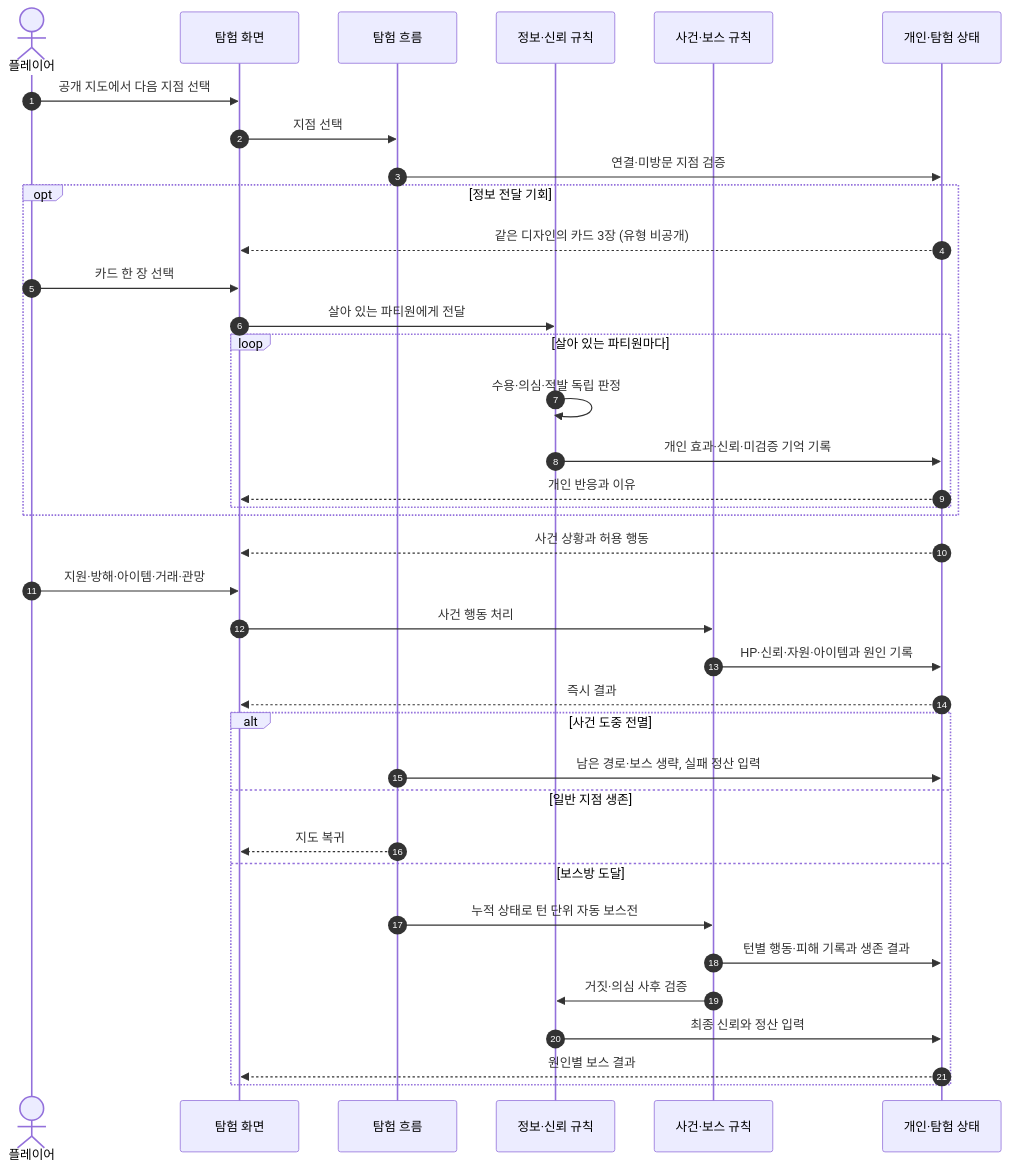
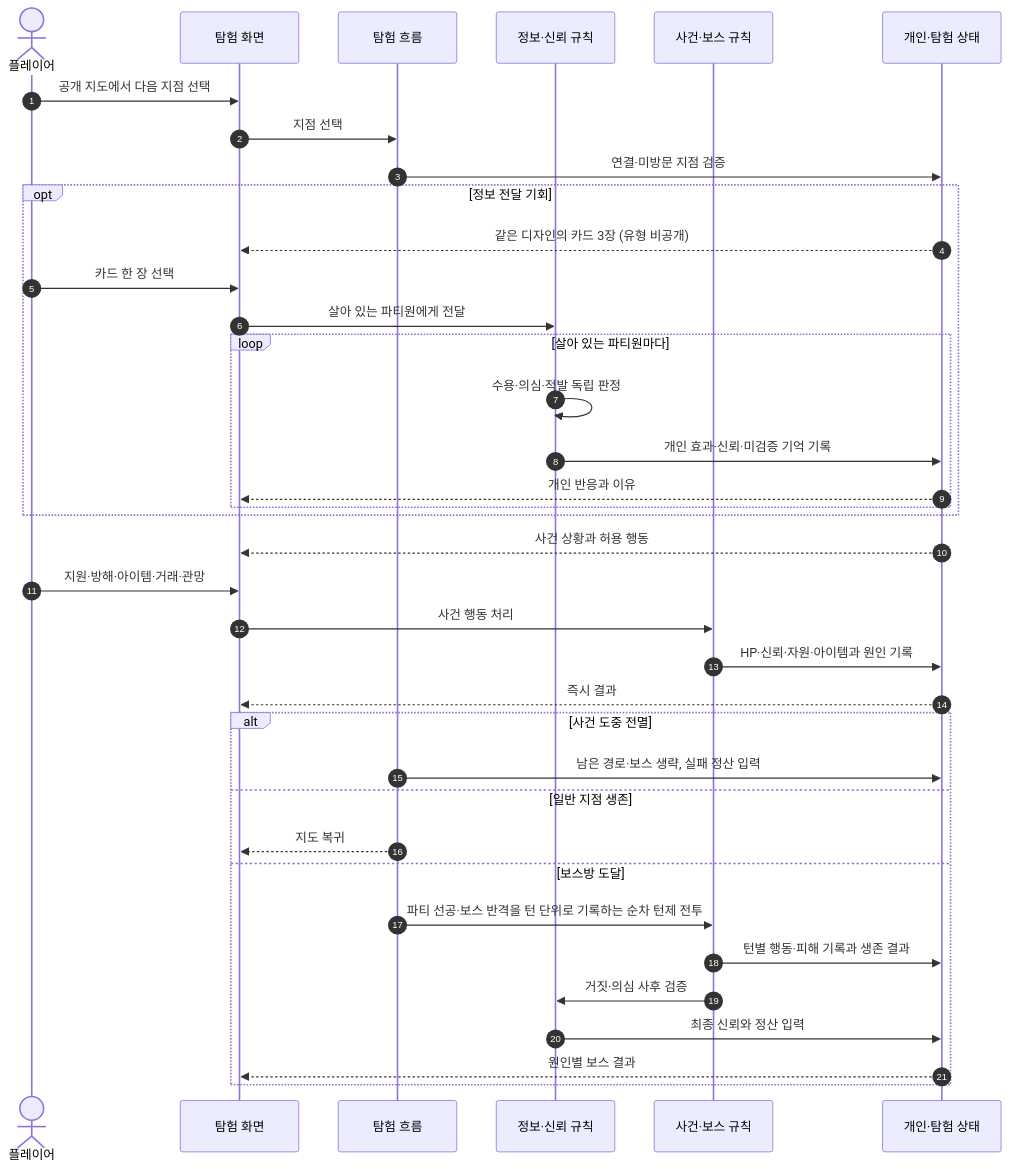
One commit to LatteBun/Dungeon_Schemer changed the diagram in docs/diagram/expedition-sequence.md. Above: the diagram before and after it, drawn with Mermaid. The commit also changed 9 other files, not shown here.

First line of the commit message:
문서: D7 상태·시퀀스 다이어그램만 갱신한다

````diff
--- a/docs/diagram/expedition-sequence.md
+++ b/docs/diagram/expedition-sequence.md
@@ -14,39 +14,39 @@
 ```mermaid
 sequenceDiagram
     autonumber
     actor Player as 플레이어
     participant UI as 탐험 화면
     participant Flow as 탐험 흐름
     participant Info as 정보·신뢰 규칙
     participant Event as 사건·보스 규칙
     participant State as 개인·탐험 상태
     Player->>UI: 공개 지도에서 다음 지점 선택
     UI->>Flow: 지점 선택
     Flow->>State: 연결·미방문 지점 검증
     opt 정보 전달 기회
         State-->>UI: 같은 디자인의 카드 3장 (유형 비공개)
         Player->>UI: 카드 한 장 선택
         UI->>Info: 살아 있는 파티원에게 전달
         loop 살아 있는 파티원마다
             Info->>Info: 수용·의심·적발 독립 판정
             Info->>State: 개인 효과·신뢰·미검증 기억 기록
             State-->>UI: 개인 반응과 이유
         end
     end
     State-->>UI: 사건 상황과 허용 행동
     Player->>UI: 지원·방해·아이템·거래·관망
     UI->>Event: 사건 행동 처리
     Event->>State: HP·신뢰·자원·아이템과 원인 기록
     State-->>UI: 즉시 결과
     alt 사건 도중 전멸
         Flow->>State: 남은 경로·보스 생략, 실패 정산 입력
     else 일반 지점 생존
         Flow-->>UI: 지도 복귀
     else 보스방 도달
-        Flow->>Event: 누적 상태로 턴 단위 자동 보스전
+        Flow->>Event: 파티 선공·보스 반격을 턴 단위로 기록하는 순차 턴제 전투
         Event->>State: 턴별 행동·피해 기록과 생존 결과
         Event->>Info: 거짓·의심 사후 검증
         Info->>State: 최종 신뢰와 정산 입력
         State-->>UI: 원인별 보스 결과
     end
 ```
````
